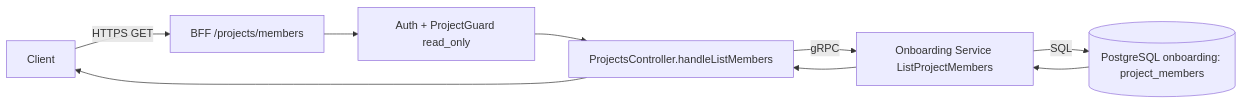
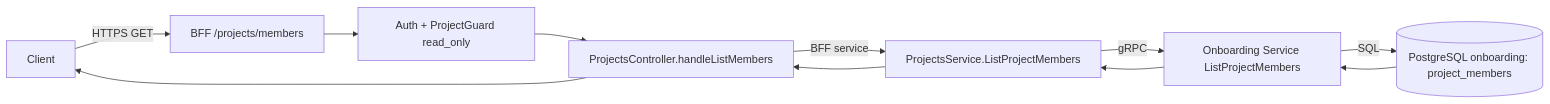
One commit to ralvescosta/costa-financial-assistant changed the third of 21 diagrams in .specify/memory/bff-flows.md. Above: the diagram before and after it, drawn with Mermaid. The commit also changed other lines of this file and 42 other files, not shown here.

````diff
--- a/.specify/memory/bff-flows.md
+++ b/.specify/memory/bff-flows.md
@@ -58,11 +60,13 @@
 ```mermaid
 flowchart LR
     C[Client] -->|HTTPS GET| BFF[BFF /projects/members]
     BFF --> AUTH[Auth + ProjectGuard read_only]
     AUTH --> PC[ProjectsController.handleListMembers]
-    PC -->|gRPC| ONB[Onboarding Service ListProjectMembers]
+    PC -->|BFF service| SVC[ProjectsService.ListProjectMembers]
+    SVC -->|gRPC| ONB[Onboarding Service ListProjectMembers]
     ONB -->|SQL| ONBDB[(PostgreSQL onboarding: project_members)]
     ONBDB --> ONB
-    ONB --> PC
+    ONB --> SVC
+    SVC --> PC
     PC --> C
 ```
````
